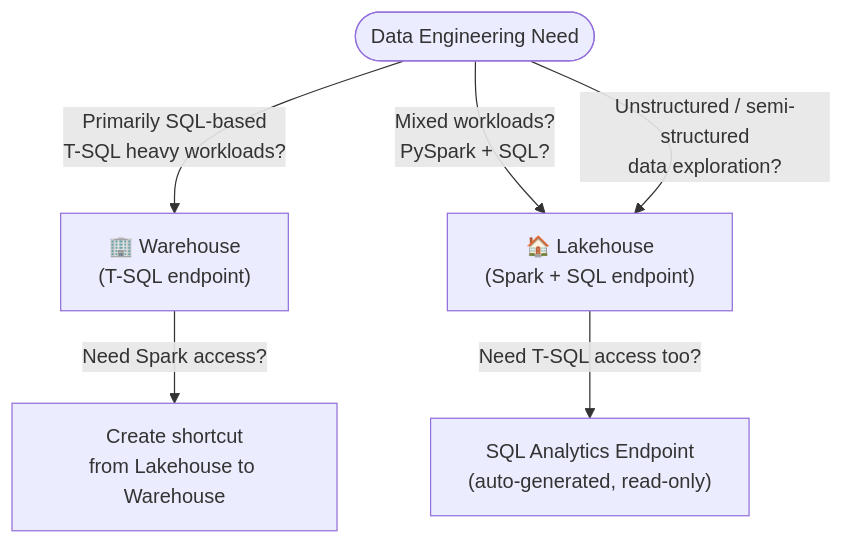
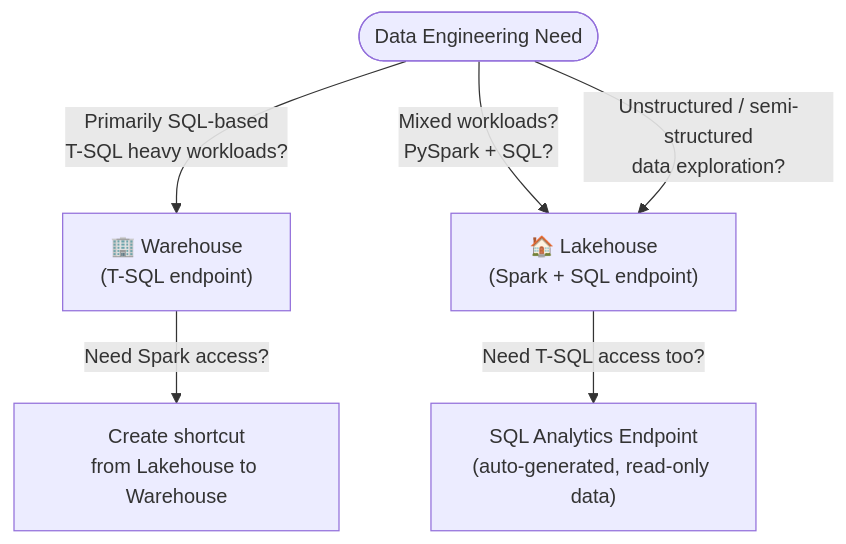
Before and after one commit to marcogrimaldi29/dp-700-study-notes: the third of 6 diagrams in 00-fabric-prerequisites.md, drawn with Mermaid. The commit also changed other lines of this file and 7 other files, not shown here.

````diff
--- a/00-fabric-prerequisites.md
+++ b/00-fabric-prerequisites.md
@@ -72,8 +72,8 @@
 ```mermaid
 flowchart TD
     Start([Data Engineering Need]) -->|"Primarily SQL-based\nT-SQL heavy workloads?"| WH["🏢 Warehouse\n(T-SQL endpoint)"]
     Start -->|"Mixed workloads?\nPySpark + SQL?"| LH["🏠 Lakehouse\n(Spark + SQL endpoint)"]
     Start -->|"Unstructured / semi-structured\ndata exploration?"| LH
-    LH -->|"Need T-SQL access too?"| SQLEP["SQL Analytics Endpoint\n(auto-generated, read-only)"]
+    LH -->|"Need T-SQL access too?"| SQLEP["SQL Analytics Endpoint\n(auto-generated, read-only data)"]
     WH -->|"Need Spark access?"| SHORTCUT2["Create shortcut\nfrom Lakehouse to Warehouse"]
 ```
````
